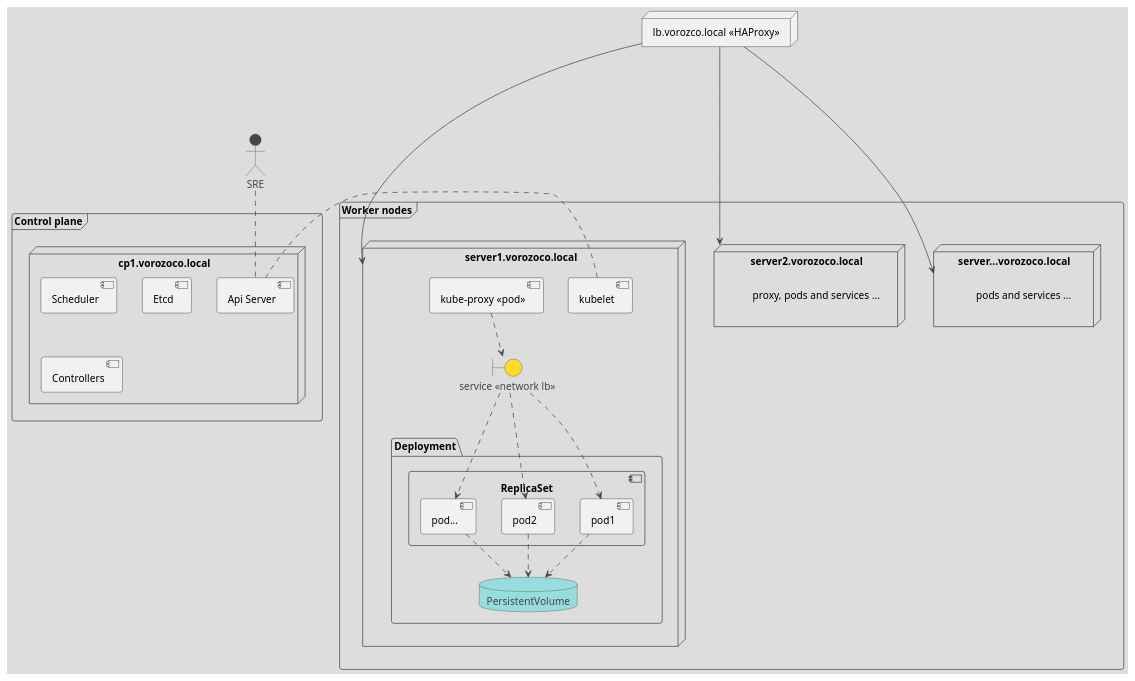
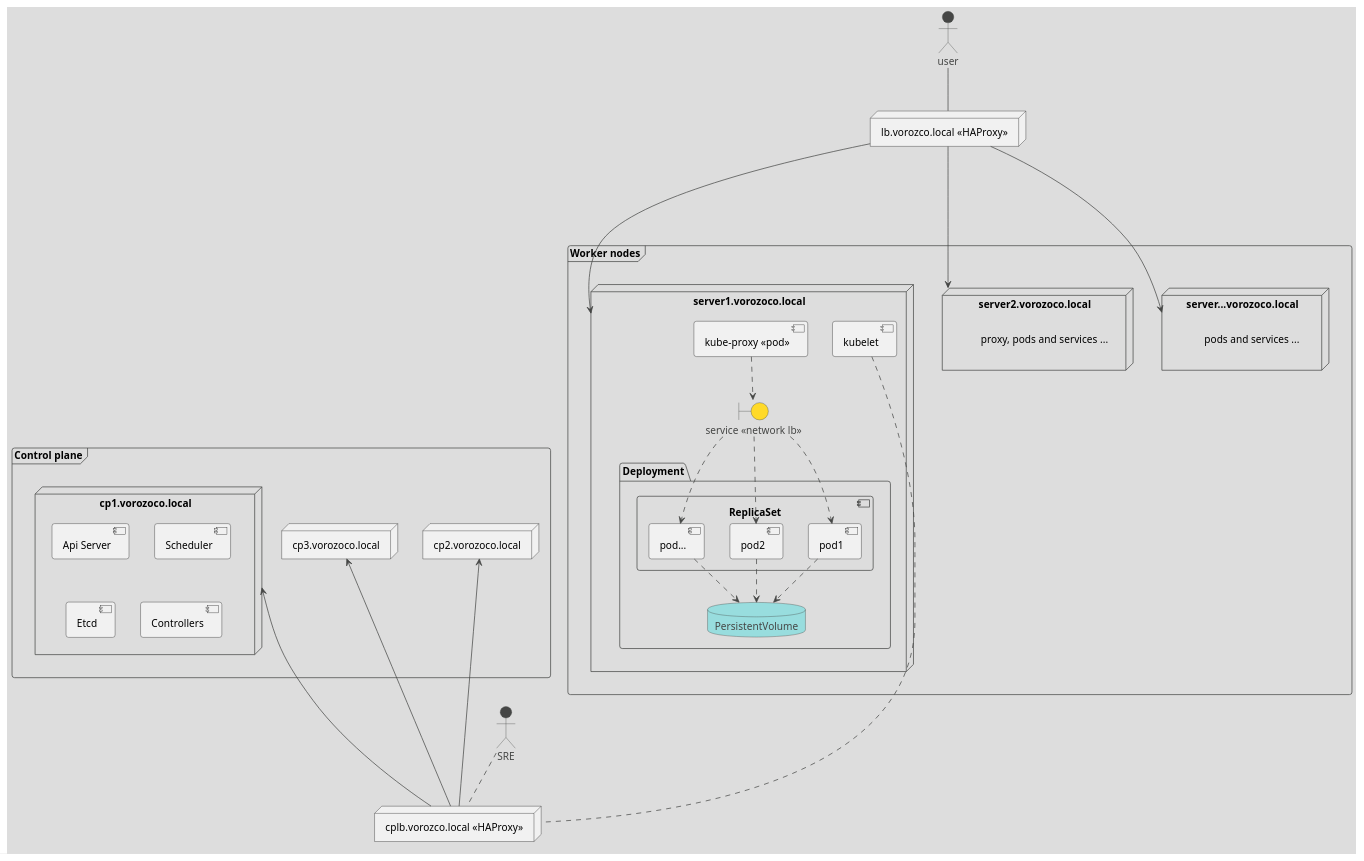
The diagram in diagram.puml (tuxtor/kubernetes-con-dibujitos), drawn with PlantUML before and after one commit.

```diff
--- a/diagram.puml
+++ b/diagram.puml
@@ -1,74 +1,88 @@
 @startuml
 !theme toy
 
 frame workernodes as "Worker nodes"{
 node server1 as "server1.vorozoco.local"{
 
 package Deployment {
 
 
      component rs as "ReplicaSet"{
     
         component pod1
 
         component pod2 
 
         component pod3 as "pod..."
 
         
     }
 
     database PersistentVolume as "PersistentVolume"
 }
 
 boundary service as "service <<network lb>>"
 
 component kubeproxy1 as "kube-proxy <<pod>>"
 
 component kubelet
 }
 
 node server2 as "server2.vorozoco.local"{
     label "proxy, pods and services ..."
 }
 
 node servern as "server...vorozoco.local"{
     label "pods and services ..."
 }
 service ..> pod1
 service ..> pod2
 service ..> pod3
 
 pod1 ..> PersistentVolume
 pod2 ..> PersistentVolume
 pod3 ..> PersistentVolume
 
 kubeproxy1 ..> service
 
 }
 
 
 frame controlplane as "Control plane"{
     node cp1 as "cp1.vorozoco.local"{
         component API as "Api Server"
 
         component Scheduler
         component Etcd 
         component "Controllers"
         
     }
+
+    node cp2 as "cp2.vorozoco.local"
+
+    node cp3 as "cp3.vorozoco.local"
 }
 
 actor SRE
 
+actor user
+
 node loadbalancer as "lb.vorozco.local <<HAProxy>>"
 
-kubelet ...left... API
+node cploadbalancer as "cplb.vorozco.local <<HAProxy>>"
 
-SRE .. API
+
+kubelet ...... cploadbalancer
+
+SRE .. cploadbalancer
 
 loadbalancer --down--> server1
 loadbalancer --down--> server2
 loadbalancer --down--> servern
 
+cploadbalancer --up--> cp1
+cploadbalancer --up--> cp2
+cploadbalancer --up--> cp3
+
+user -- loadbalancer
 @enduml
```
